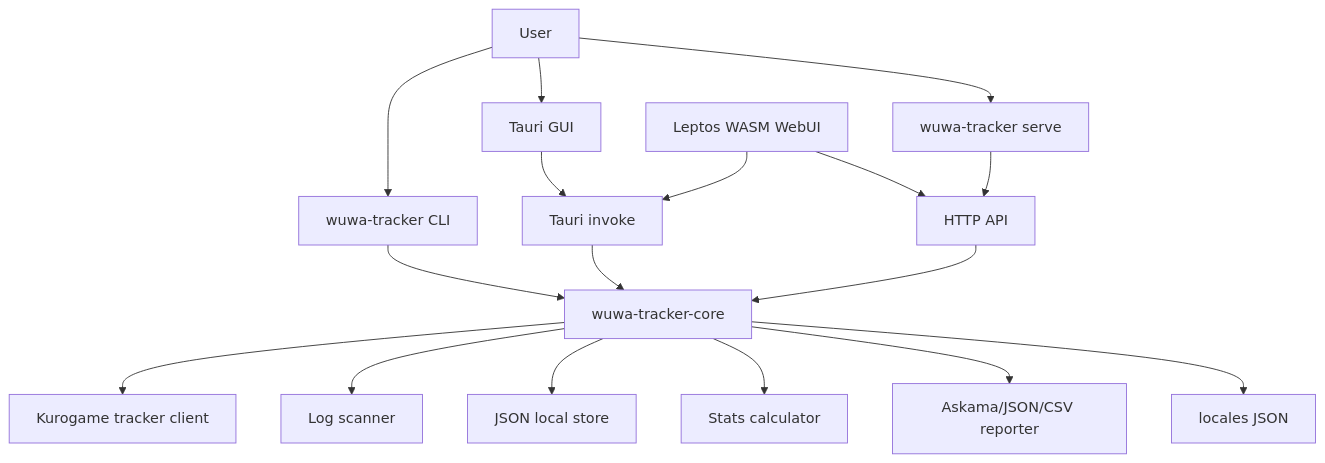
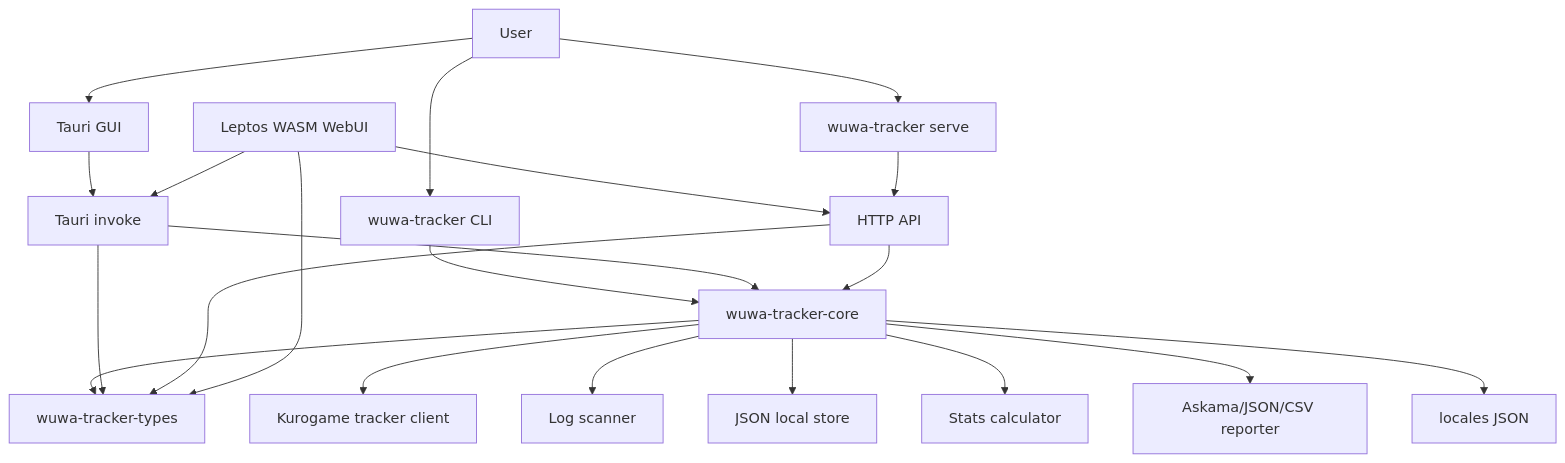
The diagram in DESIGN.md (meteormin/wuwa-tracker), drawn with Mermaid before and after one commit. The commit also changed other lines of this file and 21 other files, not shown here.

````diff
--- a/DESIGN.md
+++ b/DESIGN.md
@@ -9,19 +9,23 @@
 ```mermaid
 flowchart TD
     User["User"] --> CLI["wuwa-tracker CLI"]
     User --> GUI["Tauri GUI"]
     User --> Server["wuwa-tracker serve"]
     GUI --> Invoke["Tauri invoke"]
     WebUI["Leptos WASM WebUI"] --> Invoke
     WebUI --> HTTP["HTTP API"]
     Server --> HTTP
+    Core --> Types["wuwa-tracker-types"]
+    Invoke --> Types
+    HTTP --> Types
+    WebUI --> Types
     CLI --> Core["wuwa-tracker-core"]
     Invoke --> Core
     HTTP --> Core
     Core --> Tracker["Kurogame tracker client"]
     Core --> Scanner["Log scanner"]
     Core --> Store["JSON local store"]
     Core --> Stats["Stats calculator"]
     Core --> Reporter["Askama/JSON/CSV reporter"]
     Core --> Locales["locales JSON"]
 ```
````
